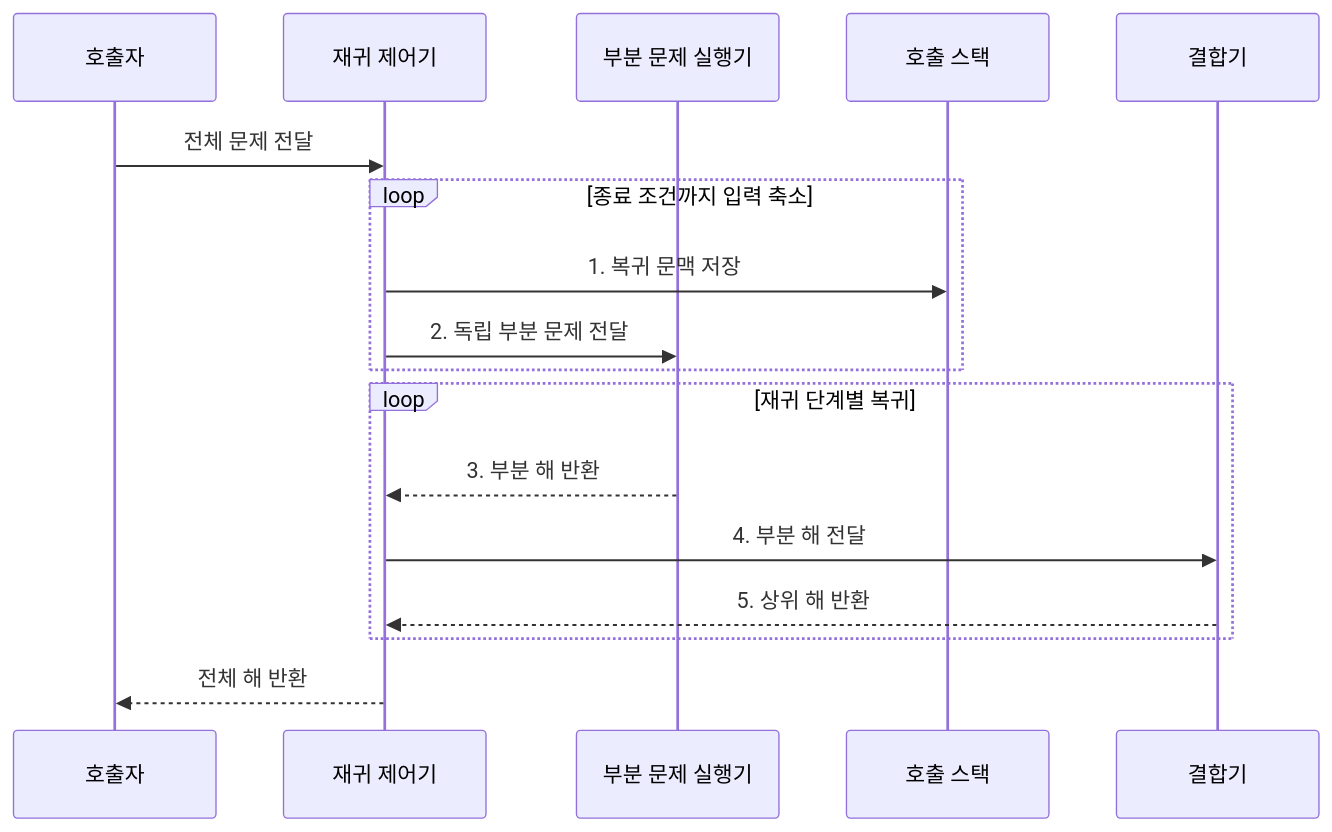
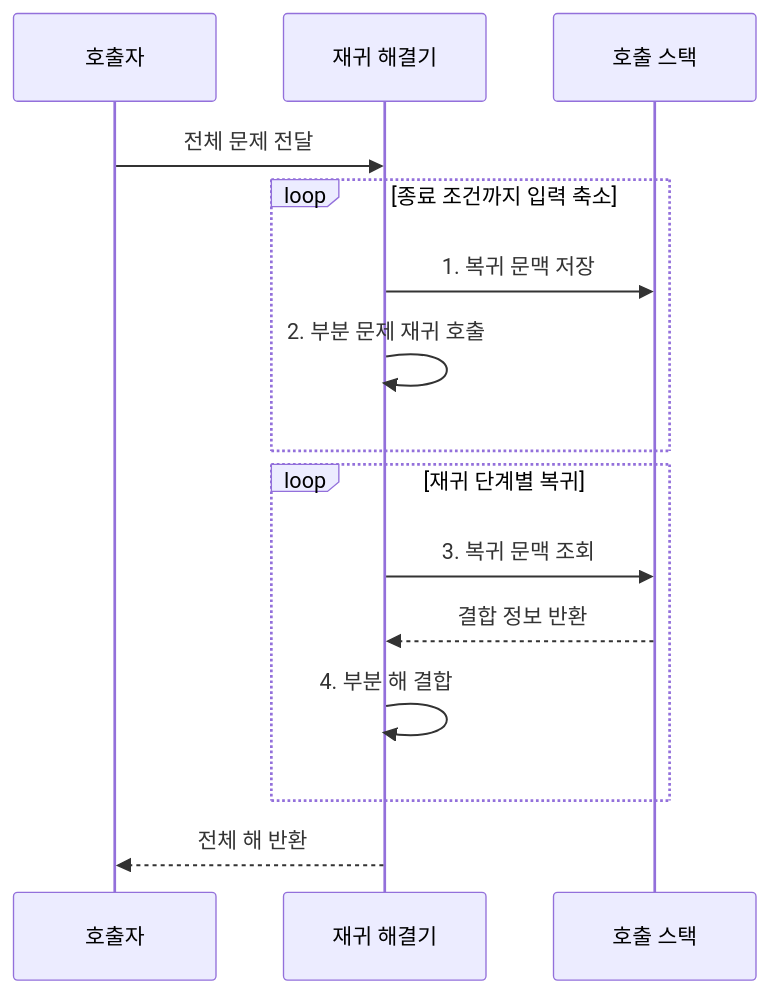
Before and after one commit to agnusdei1207/knowledge-base: the second of 2 diagrams in src/content/docs/notes/01-basic-theory/014_divide_and_conquer.md, drawn with Mermaid. The commit also changed other lines of this file and 4 other files, not shown here.

Commit message:
Simplify core algorithm flow actors

````diff
--- a/src/content/docs/notes/01-basic-theory/014_divide_and_conquer.md
+++ b/src/content/docs/notes/01-basic-theory/014_divide_and_conquer.md
@@ -100,19 +100,17 @@
 ```mermaid
 sequenceDiagram
     participant Q as 호출자
-    participant R as 재귀 제어기
-    participant P as 부분 문제 실행기
+    participant R as 재귀 해결기
     participant S as 호출 스택
-    participant C as 결합기
     Q->>R: 전체 문제 전달
     loop 종료 조건까지 입력 축소
         R->>S: 1. 복귀 문맥 저장
-        R->>P: 2. 독립 부분 문제 전달
+        R->>R: 2. 부분 문제 재귀 호출
     end
     loop 재귀 단계별 복귀
-        P-->>R: 3. 부분 해 반환
-        R->>C: 4. 부분 해 전달
-        C-->>R: 5. 상위 해 반환
+        R->>S: 3. 복귀 문맥 조회
+        S-->>R: 결합 정보 반환
+        R->>R: 4. 부분 해 결합
     end
     R-->>Q: 전체 해 반환
 ```
````
